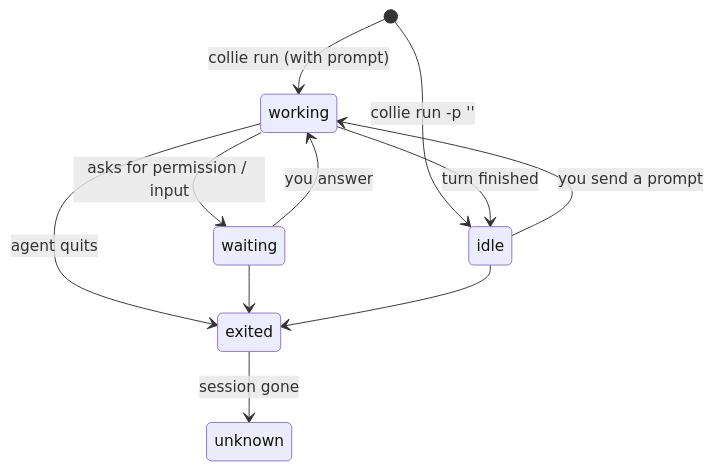
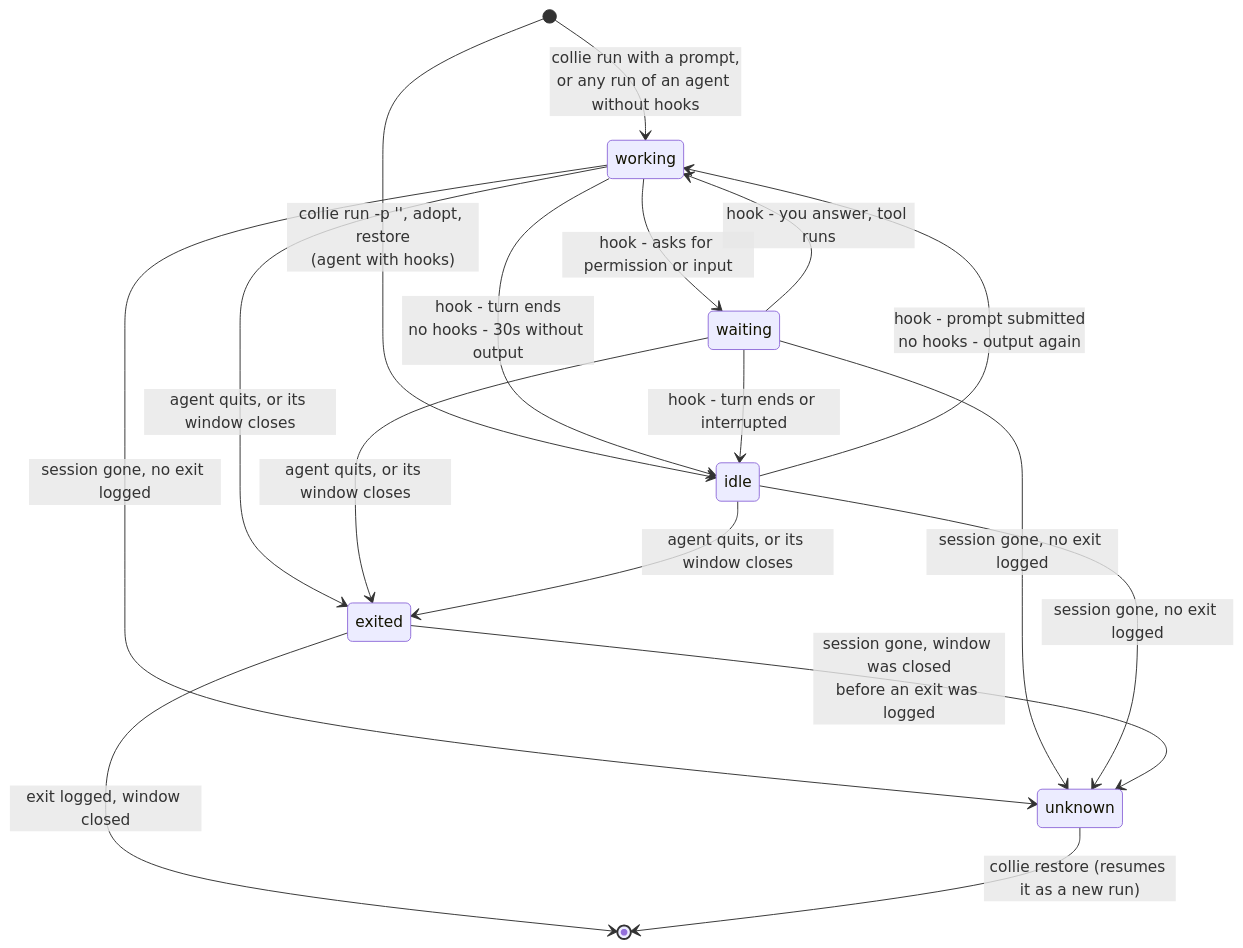
One commit to TSLsun/tmux-collie changed the fourth of 4 diagrams in docs/USAGE.md. Above: the diagram before and after it, drawn with Mermaid. The commit also changed other lines of this file, not shown here.

Commit message:
docs: redraw status and agent statecharts from the code
Derive both diagrams in USAGE §3/§4 from task_status, task_runs,
cmd_run and the agent hook adapters instead of the prose. Adds the
missing transitions: reopen, new --run, gc on any open task, new runs
(handoff/adopt/restore) pulling review back to active, waiting -> idle,
live runs -> unknown when the session dies, and the hook-less start.

Claude-Session: https://claude.ai/code/session_018my1WEmavxyyTkQFdNQy7x

````diff
--- a/docs/USAGE.md
+++ b/docs/USAGE.md
@@ -109,13 +108,19 @@
 ```mermaid
 stateDiagram-v2
-    [*] --> working: collie run (with prompt)
-    [*] --> idle: collie run -p ''
-    working --> waiting: asks for permission / input
-    waiting --> working: you answer
-    working --> idle: turn finished
-    idle --> working: you send a prompt
-    working --> exited: agent quits
-    waiting --> exited
-    idle --> exited
-    exited --> unknown: session gone
+    [*] --> working: collie run with a prompt,<br/>or any run of an agent without hooks
+    [*] --> idle: collie run -p '', adopt, restore<br/>(agent with hooks)
+    working --> waiting: hook - asks for permission or input
+    waiting --> working: hook - you answer, tool runs
+    working --> idle: hook - turn ends<br/>no hooks - 30s without output
+    waiting --> idle: hook - turn ends or interrupted
+    idle --> working: hook - prompt submitted<br/>no hooks - output again
+    working --> exited: agent quits, or its window closes
+    waiting --> exited: agent quits, or its window closes
+    idle --> exited: agent quits, or its window closes
+    working --> unknown: session gone, no exit logged
+    waiting --> unknown: session gone, no exit logged
+    idle --> unknown: session gone, no exit logged
+    exited --> unknown: session gone, window was closed<br/>before an exit was logged
+    exited --> [*]: exit logged, window closed
+    unknown --> [*]: collie restore (resumes it as a new run)
 ```
````
